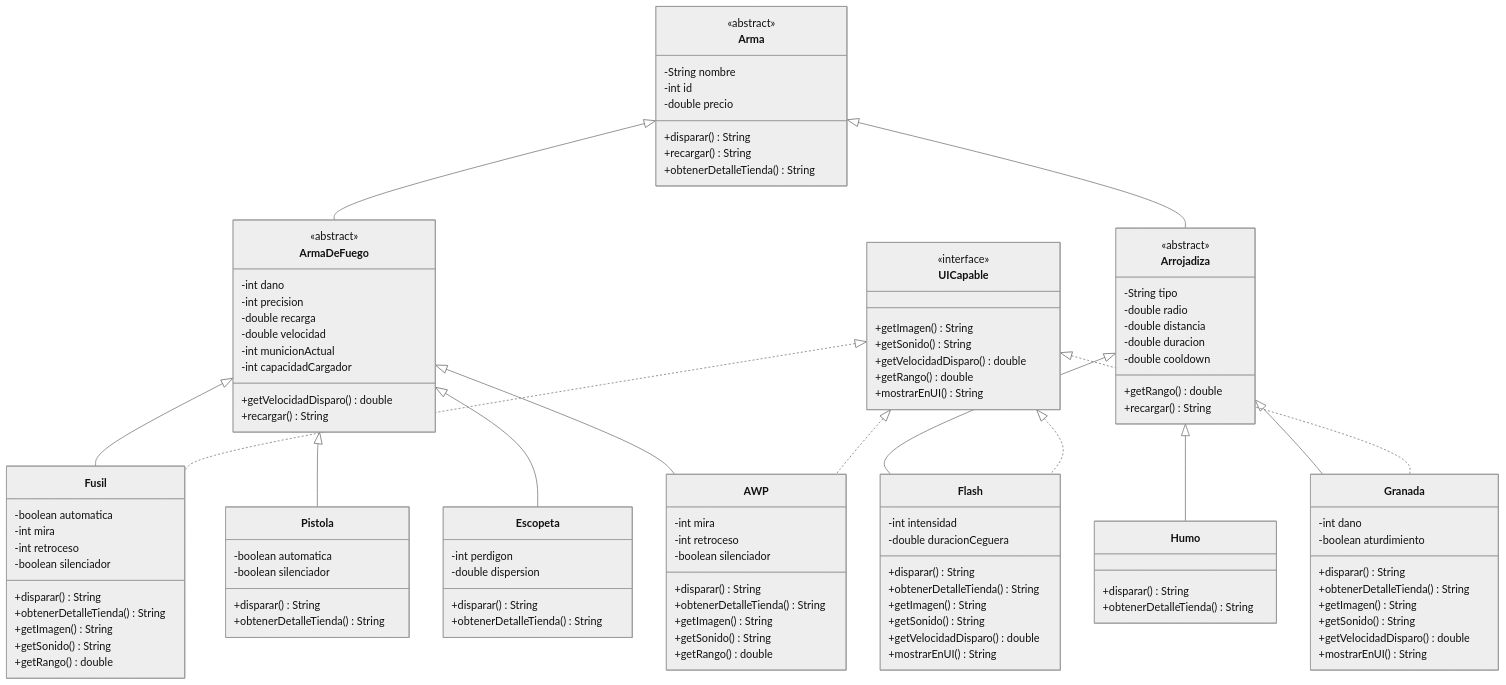
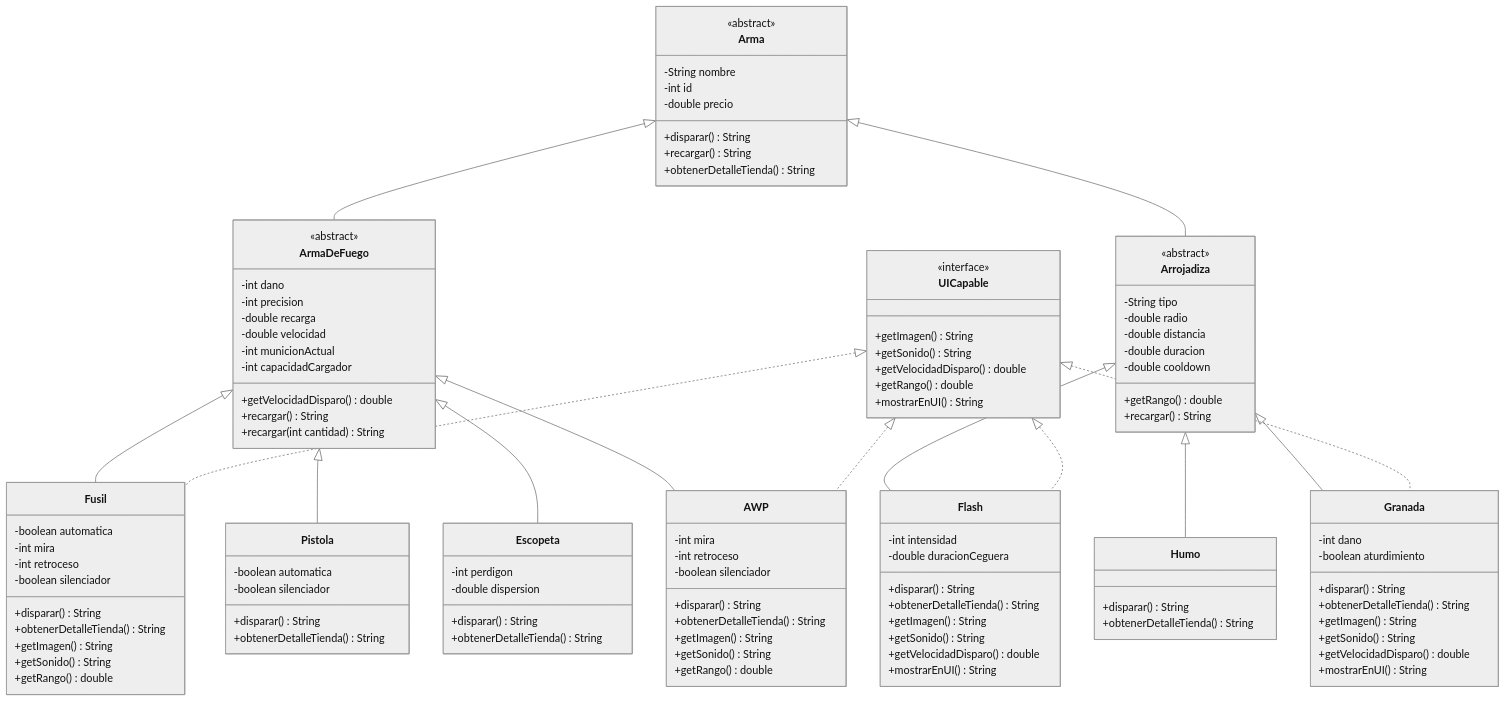
Before and after one commit to MigueMedina/mmedina-tplp3-2026: the diagram in README.md, drawn with Mermaid (neutral theme). The commit also changed other lines of this file and 12 other files, not shown here.

```diff
--- a/README.md
+++ b/README.md
@@ -79,6 +83,7 @@
         -int capacidadCargador
         +getVelocidadDisparo() double
         +recargar() String
+        +recargar(int cantidad) String
     }
 
     class Arrojadiza {
```
